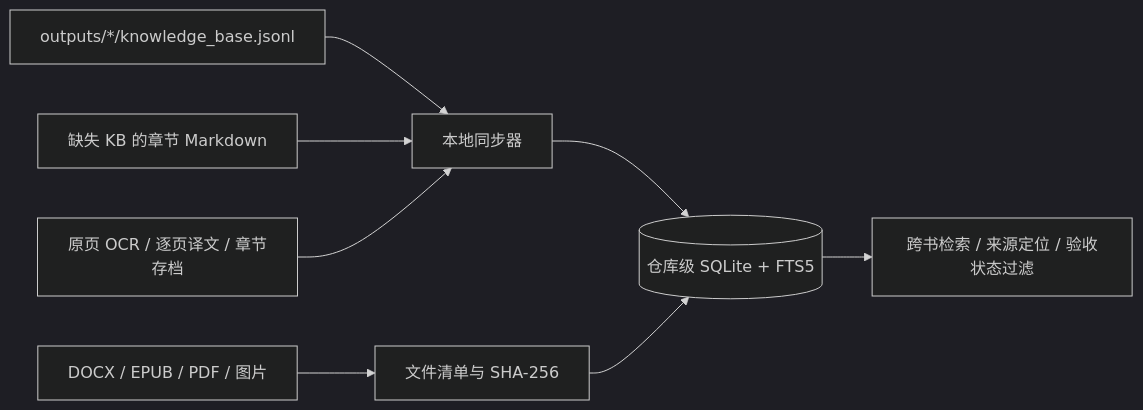
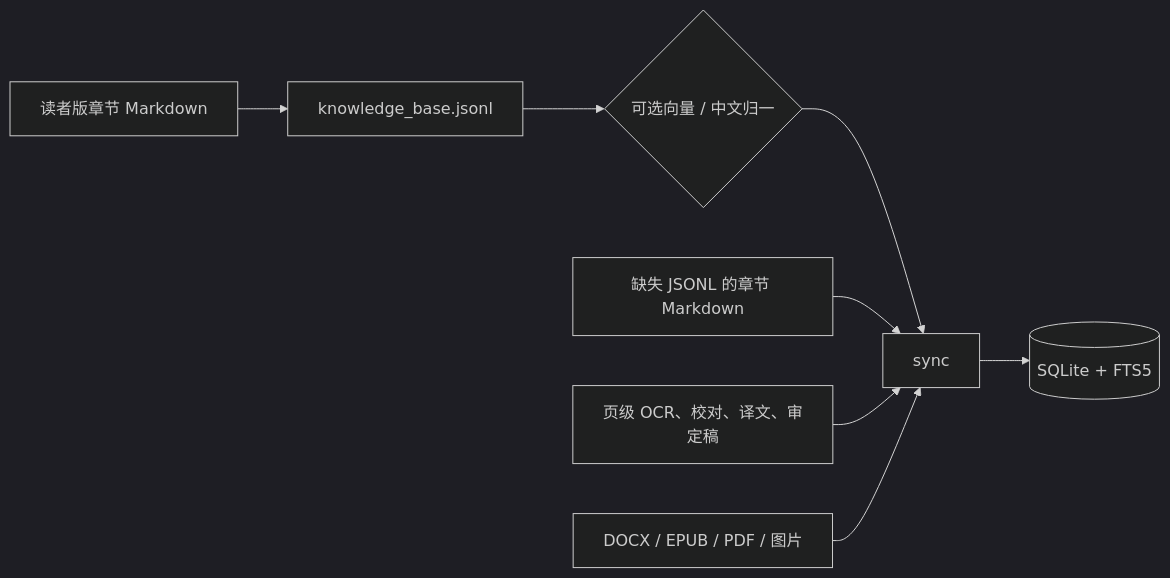
Before and after one commit to 693623649-border/translation-agent: the diagram in README.md, drawn with Mermaid (dark theme). The commit also changed other lines of this file, not shown here.

First line of the commit message:
Document the knowledge-base ingest and query workflows.

````diff
--- a/README.md
+++ b/README.md
@@ -1291,10 +1313,10 @@
 ```mermaid
 flowchart LR
-  A[outputs/*/knowledge_base.jsonl] --> D[本地同步器]
-  B[缺失 KB 的章节 Markdown] --> D
-  C[原页 OCR / 逐页译文 / 章节存档] --> D
-  D --> E[(仓库级 SQLite + FTS5)]
-  F[DOCX / EPUB / PDF / 图片] --> G[文件清单与 SHA-256]
-  G --> E
-  E --> H[跨书检索 / 来源定位 / 验收状态过滤]
+  A[读者版章节 Markdown] --> B[knowledge_base.jsonl]
+  B --> C{可选向量 / 中文归一}
+  C --> D[sync]
+  E[缺失 JSONL 的章节 Markdown] --> D
+  F[页级 OCR、校对、译文、审定稿] --> D
+  G[DOCX / EPUB / PDF / 图片] --> D
+  D --> H[(SQLite + FTS5)]
 ```
````
